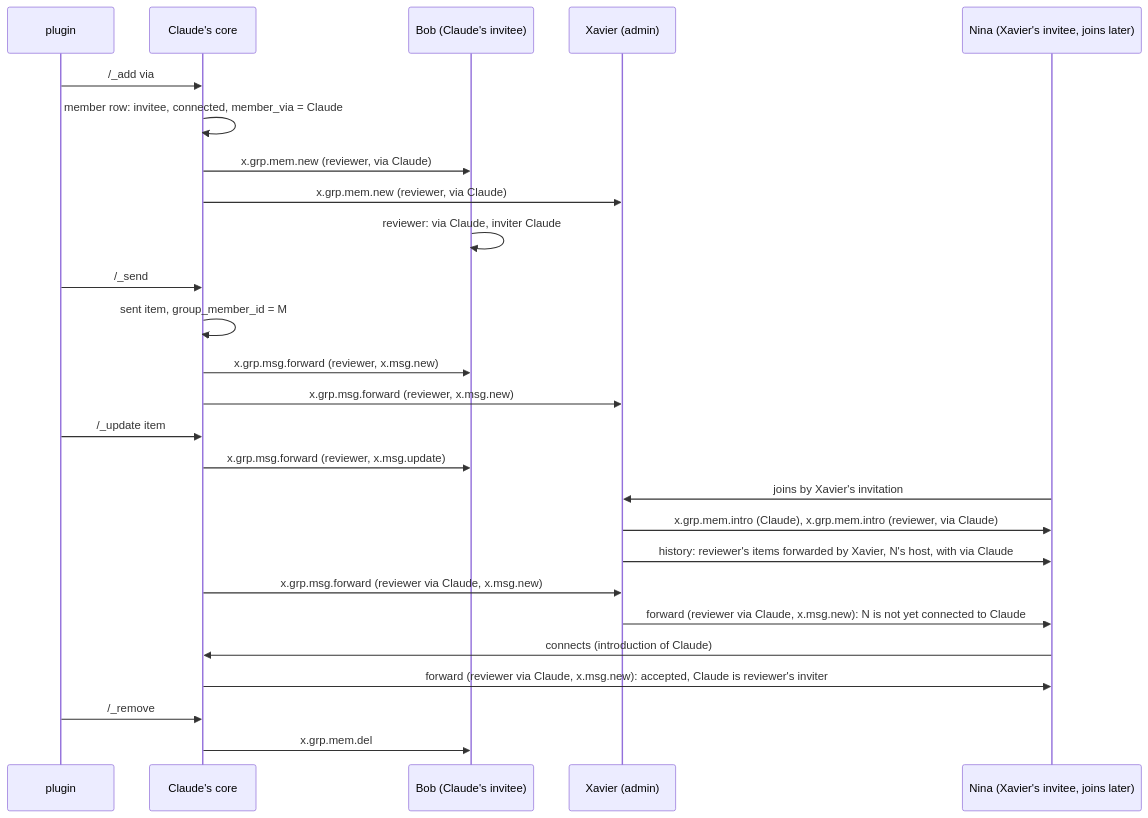
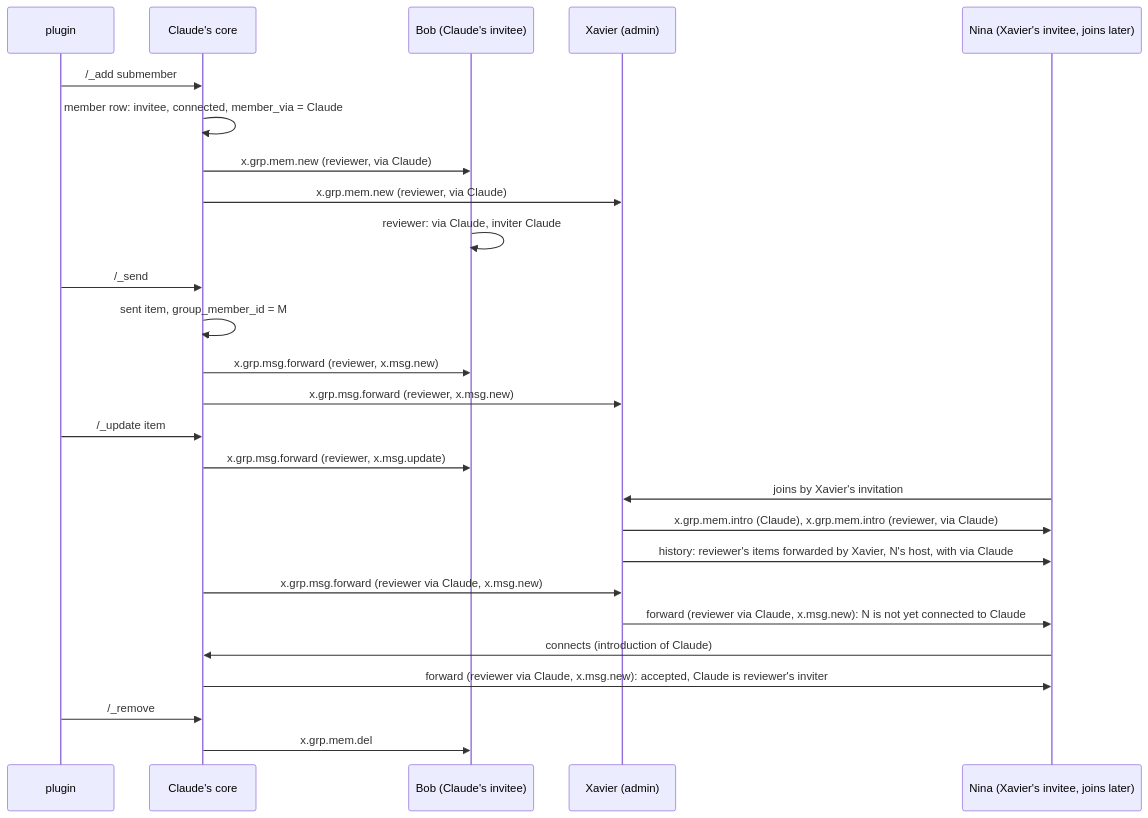
Before and after one commit to simplex-chat/simplex-chat: the second of 4 diagrams in plans/2026-11-22-submembers.md, drawn with Mermaid. The commit also changed other lines of this file, not shown here.

Commit message:
plans: submember names in the plan body

````diff
--- a/plans/2026-11-22-submembers.md
+++ b/plans/2026-11-22-submembers.md
@@ -196,28 +196,28 @@
 ```mermaid
 sequenceDiagram
   participant P as plugin
   participant C as Claude's core
   participant B as Bob (Claude's invitee)
   participant X as Xavier (admin)
   participant N as Nina (Xavier's invitee, joins later)
-  P->>C: /_add via #G member json PROFILE
+  P->>C: /_add submember #G member json PROFILE
   C->>C: member row: invitee, connected, member_via = Claude
   C->>B: x.grp.mem.new (reviewer, via Claude)
   C->>X: x.grp.mem.new (reviewer, via Claude)
   B->>B: reviewer: via Claude, inviter Claude
   P->>C: /_send #G(as_member=M) live=on json [...]
   C->>C: sent item, group_member_id = M
   C->>B: x.grp.msg.forward (reviewer, x.msg.new)
   C->>X: x.grp.msg.forward (reviewer, x.msg.new)
   P->>C: /_update item #G I live=off json [...]
   C->>B: x.grp.msg.forward (reviewer, x.msg.update)
   N->>X: joins by Xavier's invitation
   X->>N: x.grp.mem.intro (Claude), x.grp.mem.intro (reviewer, via Claude)
   X->>N: history: reviewer's items forwarded by Xavier, N's host, with via Claude
   C->>X: x.grp.msg.forward (reviewer via Claude, x.msg.new)
   X->>N: forward (reviewer via Claude, x.msg.new): N is not yet connected to Claude
   N->>C: connects (introduction of Claude)
   C->>N: forward (reviewer via Claude, x.msg.new): accepted, Claude is reviewer's inviter
   P->>C: /_remove #G M
   C->>B: x.grp.mem.del
 ```
````
